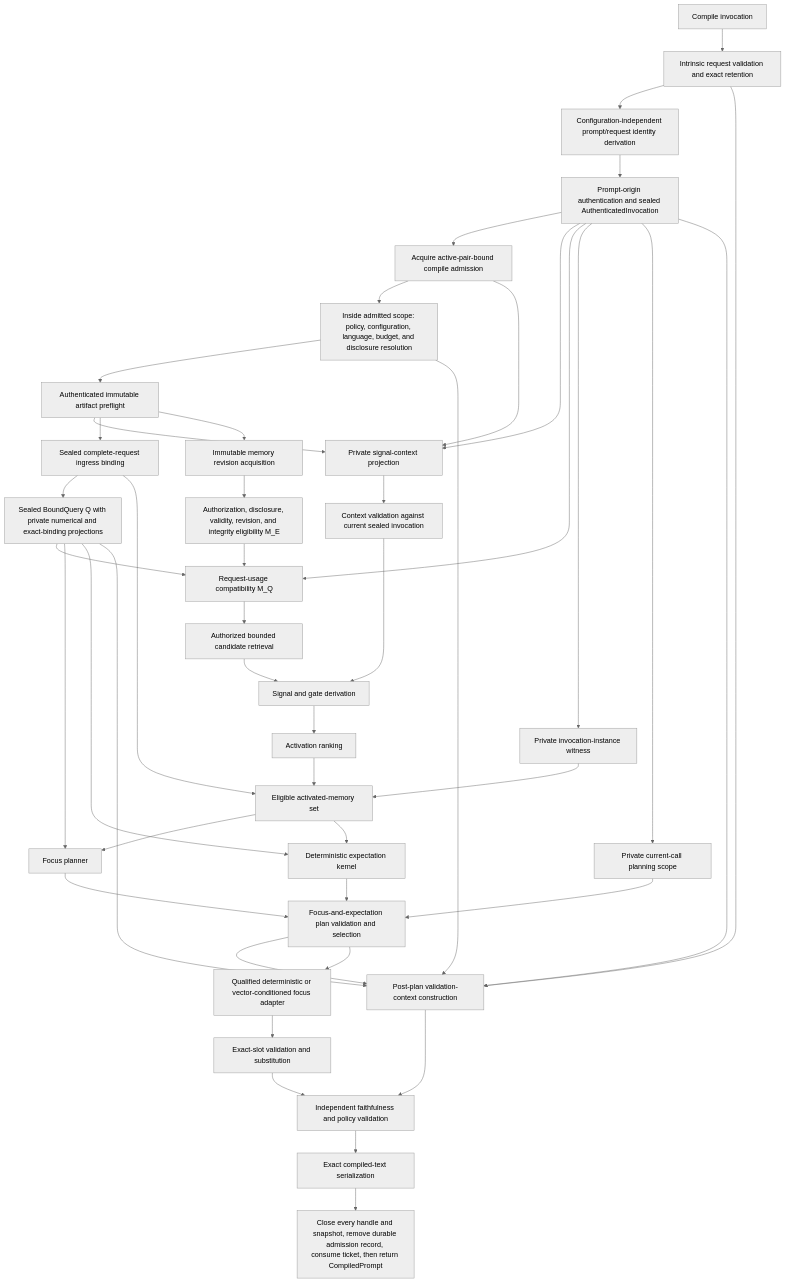
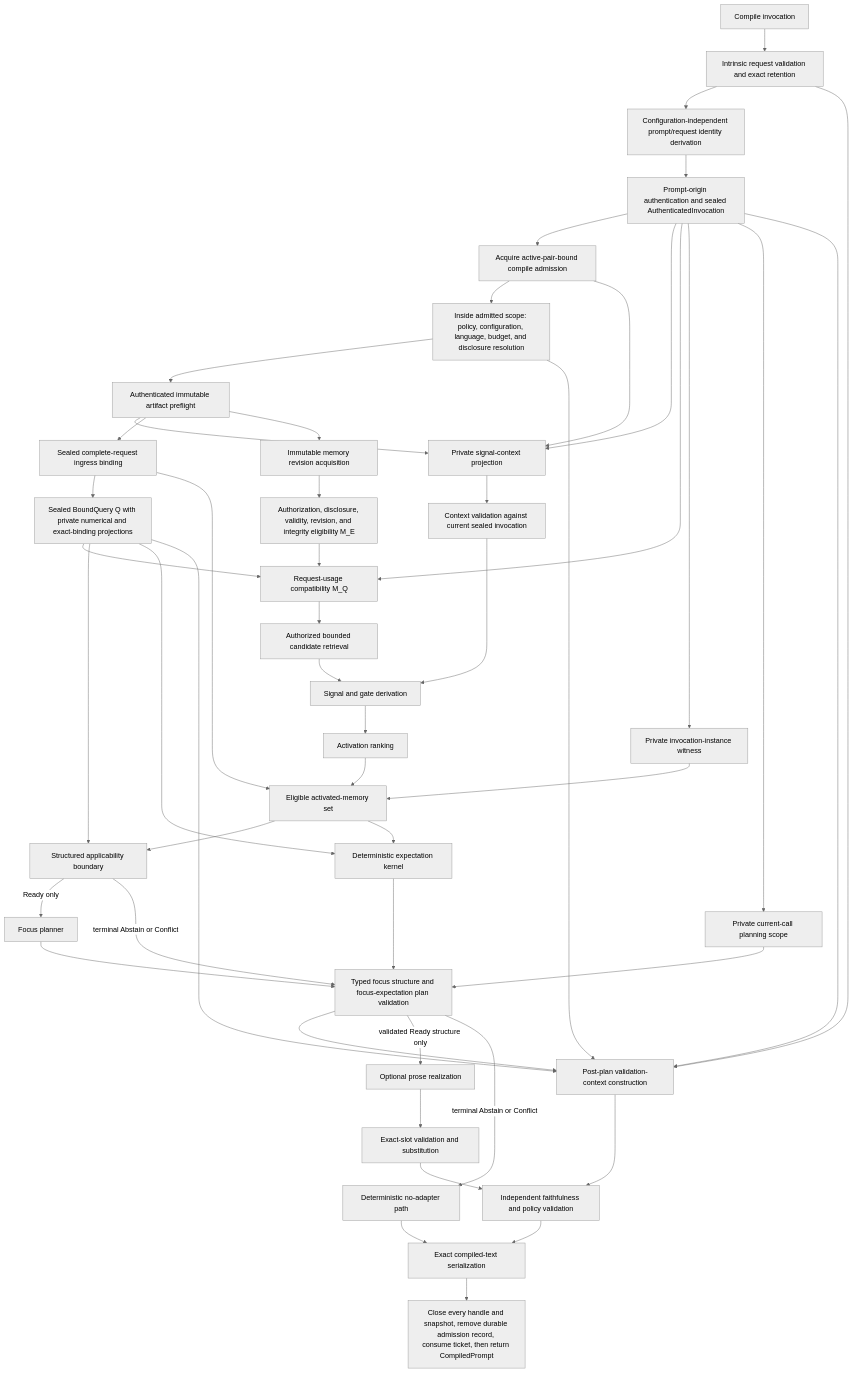
The first of 8 diagrams in docs/specifications/v1-reference-architecture.md (Lamentis-operating-systems/nemosyne), drawn with Mermaid (neutral theme) before and after one commit. The commit also changed other lines of this file and 5 other files, not shown here.

Commit message:
Define applicability and focus readiness boundary

````diff
--- a/docs/specifications/v1-reference-architecture.md
+++ b/docs/specifications/v1-reference-architecture.md
@@ -63,47 +66,51 @@
 ```mermaid
 flowchart TD
     IV["Compile invocation"] --> IR["Intrinsic request validation and exact retention"]
     IR --> ID["Configuration-independent prompt/request identity derivation"]
     ID --> AU["Prompt-origin authentication and sealed AuthenticatedInvocation"]
     AU --> CA["Acquire active-pair-bound compile admission"]
     CA --> RC["Inside admitted scope: policy, configuration, language, budget, and disclosure resolution"]
     RC --> AP["Authenticated immutable artifact preflight"]
     AU --> SC["Private signal-context projection"]
     CA --> SC
     AP --> SC
     AP --> IB["Sealed complete-request ingress binding"]
     IB --> Q["Sealed BoundQuery Q with private numerical and exact-binding projections"]
     AP --> MR["Immutable memory revision acquisition"]
     MR --> ME["Authorization, disclosure, validity, revision, and integrity eligibility M_E"]
     ME --> MQ["Request-usage compatibility M_Q"]
     Q --> MQ
     AU --> MQ
     MQ --> RET["Authorized bounded candidate retrieval"]
     RET --> SIG["Signal and gate derivation"]
     SC --> SV["Context validation against current sealed invocation"]
     SV --> SIG
     SIG --> ACT["Activation ranking"]
     AU --> IW["Private invocation-instance witness"]
     AU --> PS["Private current-call planning scope"]
     ACT --> SH["Eligible activated-memory set"]
     IB --> SH
     IW --> SH
-    Q --> FOC["Focus planner"]
-    SH --> FOC
+    Q --> APP["Structured applicability boundary"]
+    SH --> APP
+    APP -->|"Ready only"| FOC["Focus planner"]
+    APP -->|"terminal Abstain or Conflict"| PLN
     Q --> EXP["Deterministic expectation kernel"]
     SH --> EXP
-    FOC --> PLN["Focus-and-expectation plan validation and selection"]
+    FOC --> PLN["Typed focus structure and focus-expectation plan validation"]
     EXP --> PLN
     PS --> PLN
     PLN --> VCTX["Post-plan validation-context construction"]
     AU --> VCTX
     IR --> VCTX
     Q --> VCTX
     RC --> VCTX
-    PLN --> LEX["Qualified deterministic or vector-conditioned focus adapter"]
+    PLN -->|"validated Ready structure only"| LEX["Optional prose realization"]
+    PLN -->|"terminal Abstain or Conflict"| NOP["Deterministic no-adapter path"]
     LEX --> SLOT["Exact-slot validation and substitution"]
     SLOT --> VAL["Independent faithfulness and policy validation"]
     VCTX --> VAL
     VAL --> OUT["Exact compiled-text serialization"]
+    NOP --> OUT
     OUT --> CLOSE["Close every handle and snapshot, remove durable admission record, consume ticket, then return CompiledPrompt"]
 ```
````
